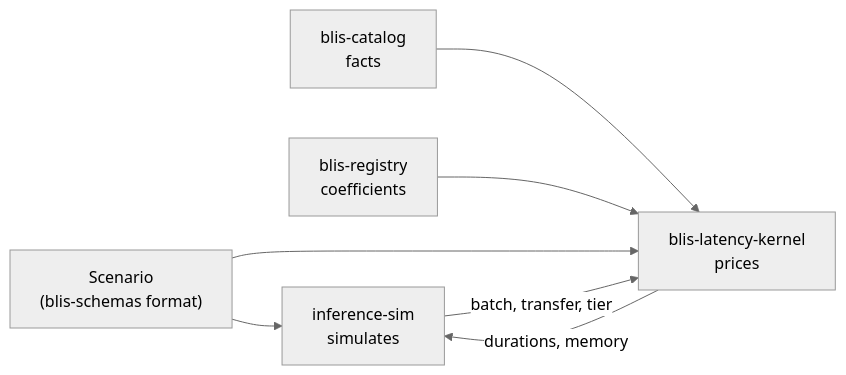
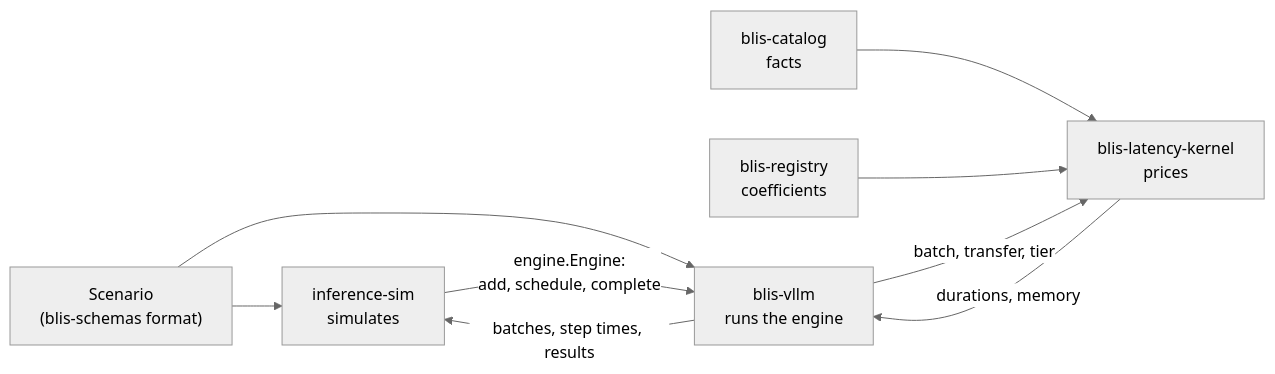
The first of 2 diagrams in docs/concepts/architecture.md (inference-sim/inference-sim), drawn with Mermaid (neutral theme) before and after one commit. The commit also changed other lines of this file and 17 other files, not shown here.

First line of the commit message:
docs: match v0.14.0 (blis-vllm, the one-way graph, engine_version) (#2056)

````diff
--- a/docs/concepts/architecture.md
+++ b/docs/concepts/architecture.md
@@ -19,9 +20,11 @@
 ```mermaid
 flowchart LR
     SC["Scenario<br/>(blis-schemas format)"] --> SIM
     CAT["blis-catalog<br/>facts"] --> K
     REG["blis-registry<br/>coefficients"] --> K
-    SC --> K
-    SIM["inference-sim<br/>simulates"] -- "batch, transfer, tier" --> K["blis-latency-kernel<br/>prices"]
-    K -- "durations, memory" --> SIM
+    SC --> E
+    SIM["inference-sim<br/>simulates"] -- "engine.Engine:<br/>add, schedule, complete" --> E["blis-vllm<br/>runs the engine"]
+    E -- "batch, transfer, tier" --> K["blis-latency-kernel<br/>prices"]
+    K -- "durations, memory" --> E
+    E -- "batches, step times, results" --> SIM
 ```
````
